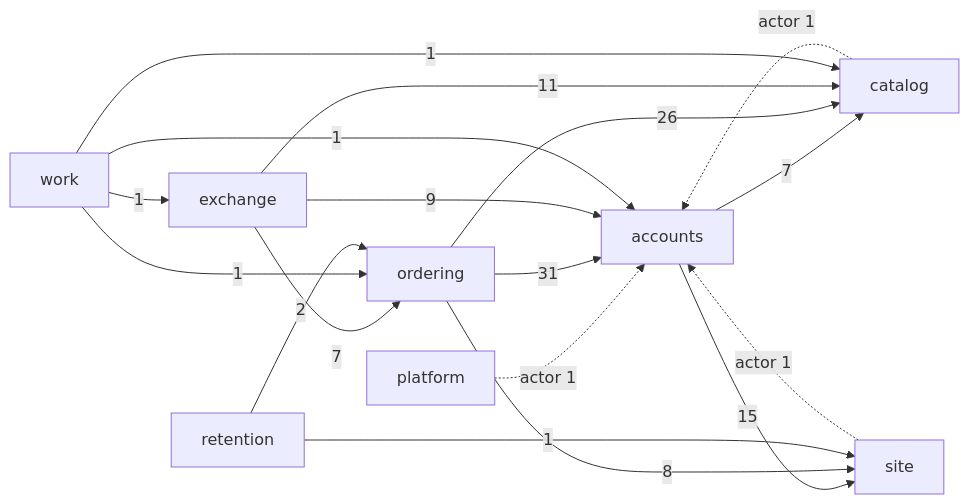
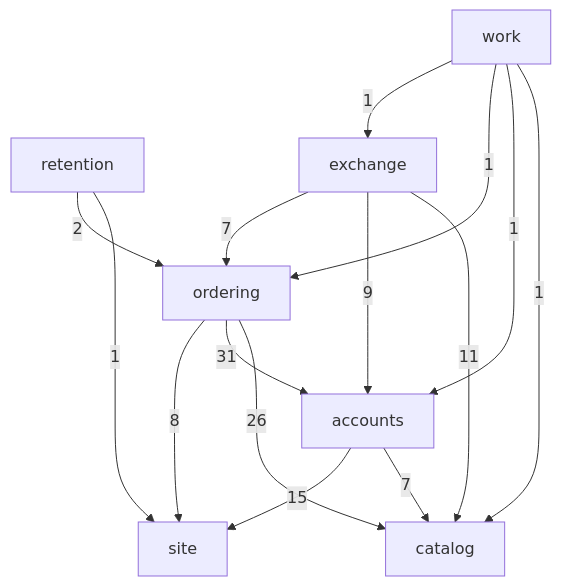
The third of 5 diagrams in docs/architecture.md (vik-koch/b2b-catalog-platform), drawn with Mermaid before and after one commit. The commit also changed other lines of this file and 1 other file, not shown here.

Commit message:
Make mermaid diagram more readable

````diff
--- a/docs/architecture.md
+++ b/docs/architecture.md
@@ -161,20 +161,17 @@
 ```mermaid
-flowchart LR
-  platform -.->|actor 1| accounts
-  catalog -.->|actor 1| accounts
+flowchart TB
+  retention -->|2| ordering
+  retention -->|1| site
+  work -->|1| exchange
+  work -->|1| ordering
+  work -->|1| accounts
+  work -->|1| catalog
+  exchange -->|7| ordering
+  exchange -->|9| accounts
+  exchange -->|11| catalog
+  ordering -->|8| site
+  ordering -->|31| accounts
+  ordering -->|26| catalog
+  accounts -->|15| site
   accounts -->|7| catalog
-  accounts -->|15| site
-  site -.->|actor 1| accounts
-  ordering -->|26| catalog
-  ordering -->|31| accounts
-  ordering -->|8| site
-  exchange -->|11| catalog
-  exchange -->|9| accounts
-  exchange -->|7| ordering
-  work -->|1| catalog
-  work -->|1| accounts
-  work -->|1| ordering
-  work -->|1| exchange
-  retention -->|1| site
-  retention -->|2| ordering
 ```
````
